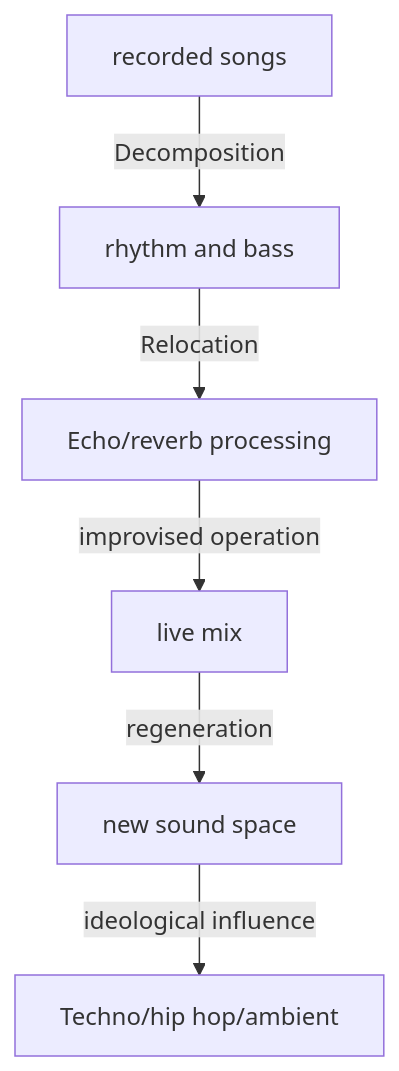
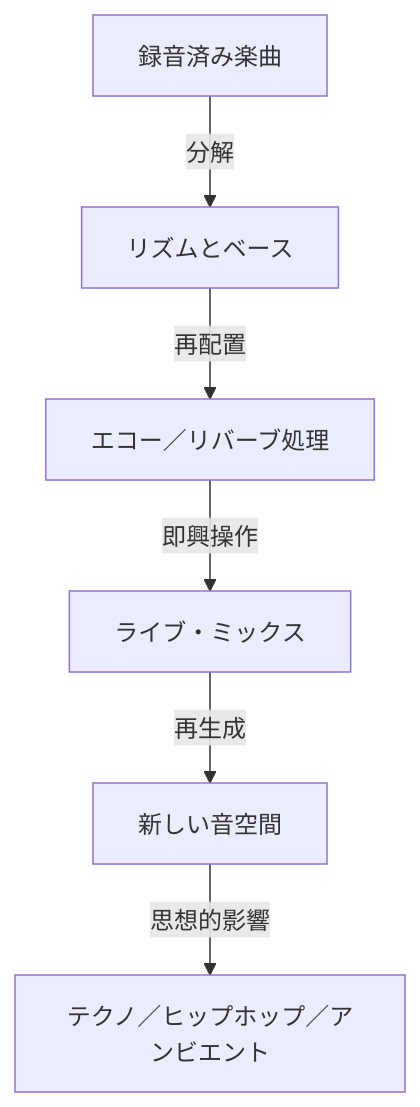
The second of 2 diagrams in en/_posts/2025-11-01-column-dub-universe.md (monumental-movement/monumental-movement.github.io), drawn with Mermaid before and after one commit. The commit also changed other lines of this file and 775 other files, not shown here.

```diff
--- a/en/_posts/2025-11-01-column-dub-universe.md
+++ b/en/_posts/2025-11-01-column-dub-universe.md
@@ -181,10 +180,10 @@
 <div class="mermaid">
 
 graph TD
-  A[recorded songs] -->|Decomposition| B[rhythm and bass]
-  B -->|Relocation| C[Echo/reverb processing]
-  C -->|improvised operation| D[live mix]
-  D -->|regeneration| E[new sound space]
-  E -->|ideological influence| F[Techno/hip hop/ambient]
+  A[録音済み楽曲] -->|分解| B[リズムとベース]
+  B -->|再配置| C[エコー／リバーブ処理]
+  C -->|即興操作| D[ライブ・ミックス]
+  D -->|再生成| E[新しい音空間]
+  E -->|思想的影響| F[テクノ／ヒップホップ／アンビエント]
 
 </div>
```
